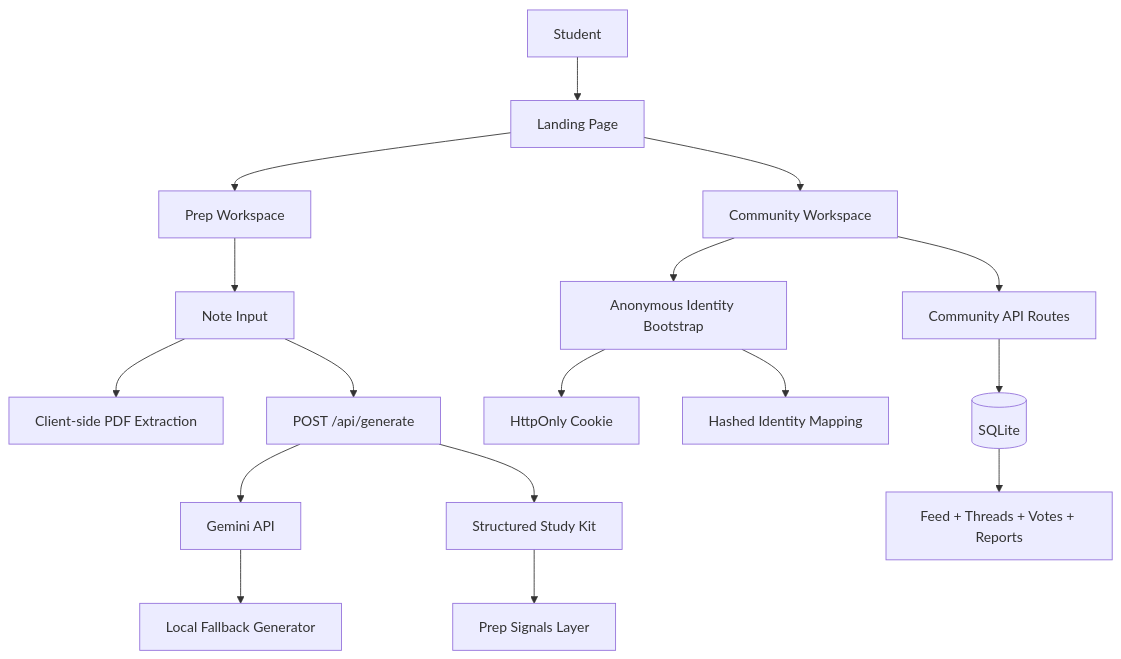
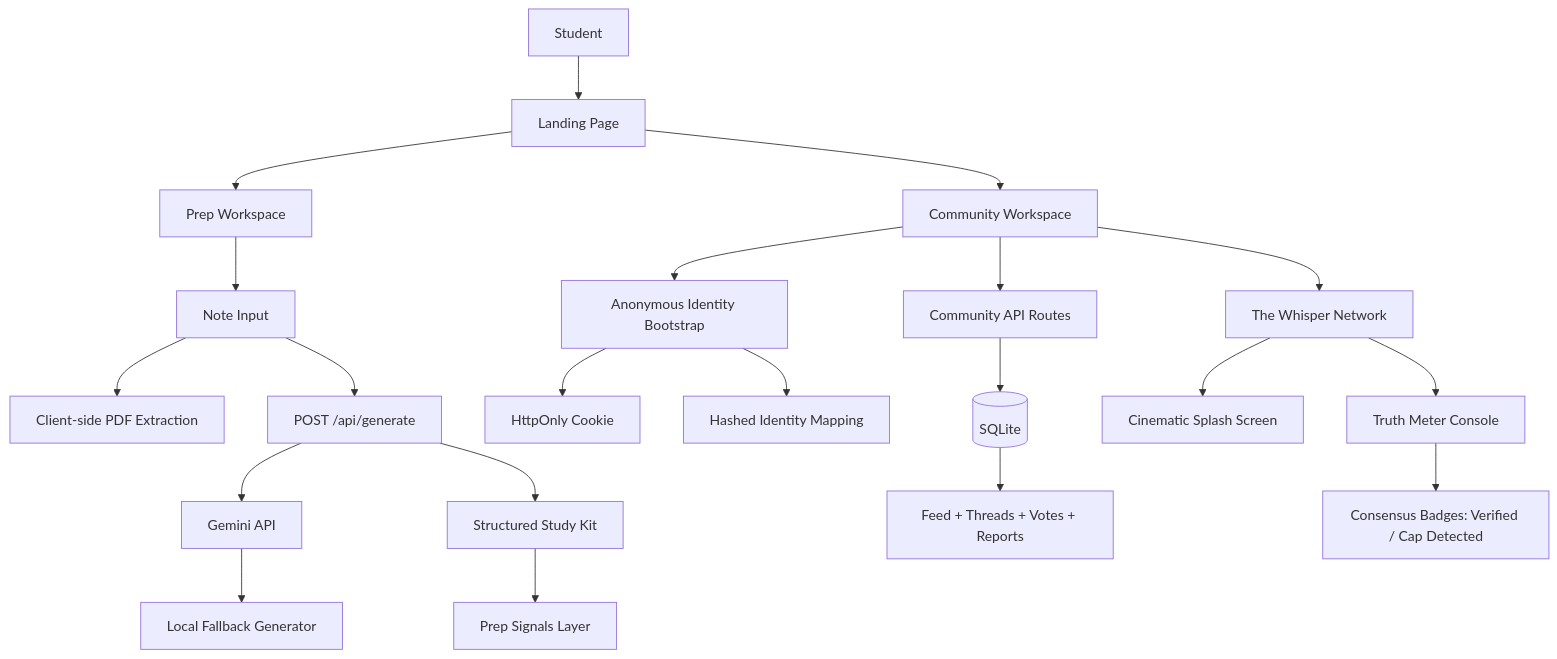
One commit to yashsrivastava1408/ExamOracle changed the first of 3 diagrams in README.md. Above: the diagram before and after it, drawn with Mermaid. The commit also changed other lines of this file and 15 other files, not shown here.

````diff
--- a/README.md
+++ b/README.md
@@ -128,21 +141,26 @@
 ```mermaid
 flowchart TD
     U[Student] --> LP[Landing Page]
     LP --> PREP[Prep Workspace]
     LP --> COMM[Community Workspace]
 
     PREP --> NI[Note Input]
     NI --> PDF[Client-side PDF Extraction]
     NI --> GAPI[POST /api/generate]
     GAPI --> GEM[Gemini API]
     GEM --> FALLBACK[Local Fallback Generator]
     GAPI --> RESULT[Structured Study Kit]
     RESULT --> SIGNALS[Prep Signals Layer]
 
     COMM --> ID[Anonymous Identity Bootstrap]
     ID --> COOKIE[HttpOnly Cookie]
     ID --> HASH[Hashed Identity Mapping]
     COMM --> CAPI[Community API Routes]
     CAPI --> SQLITE[(SQLite)]
     SQLITE --> FEED[Feed + Threads + Votes + Reports]
+
+    COMM --> WN[The Whisper Network]
+    WN --> SPLASH[Cinematic Splash Screen]
+    WN --> TM[Truth Meter Console]
+    TM --> CB[Consensus Badges: Verified / Cap Detected]
 ```
````
